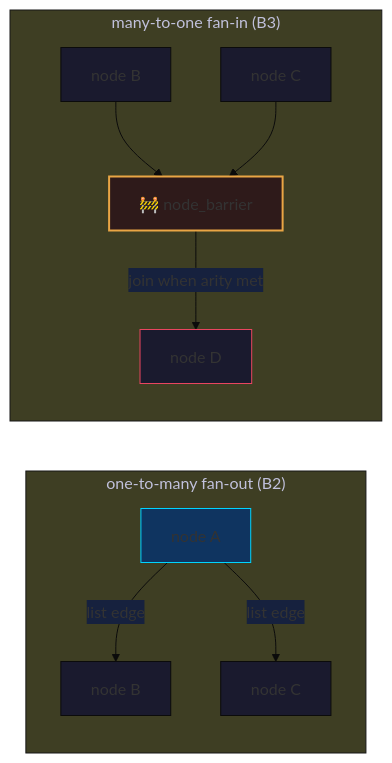
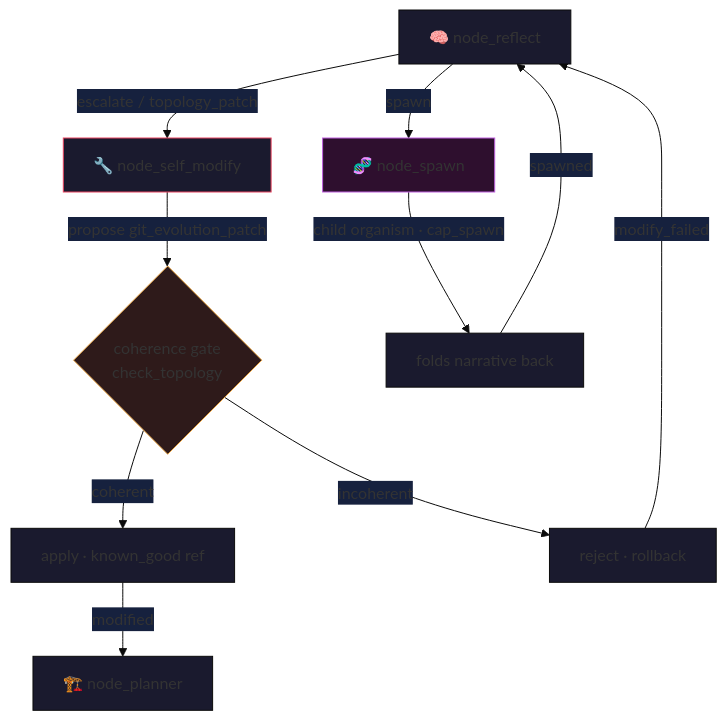
Before and after one commit to wgabrys88/endgame-ai: the third of 3 diagrams in README.md, drawn with Mermaid. The commit also changed other lines of this file and 1 other file, not shown here.

````diff
--- a/README.md
+++ b/README.md
@@ -165,16 +134,16 @@
 ```mermaid
 %%{init: {'theme': 'base', 'themeVariables': {'primaryColor': '#1a1a2e', 'edgeLabelBackground':'#16213e'}}}%%
-graph LR
-    subgraph OneToMany["one-to-many fan-out (B2)"]
-        X[node A] -->|list edge| Y1[node B]
-        X -->|list edge| Y2[node C]
-    end
-    subgraph ManyToOne["many-to-one fan-in (B3)"]
-        Z1[node B] --> BAR[🚧 node_barrier]
-        Z2[node C] --> BAR
-        BAR -->|join when arity met| W[node D]
-    end
-    style X fill:#0f3460,stroke:#00d4ff
-    style BAR fill:#2e1a1a,stroke:#e9a545,stroke-width:2px
-    style W fill:#1a1a2e,stroke:#e94560
+graph TD
+    R[🧠 node_reflect] -->|escalate / topology_patch| SM[🔧 node_self_modify]
+    SM -->|propose git_evolution_patch| GATE{coherence gate\ncheck_topology}
+    GATE -->|coherent| APPLY[apply · known_good ref]
+    GATE -->|incoherent| REJECT[reject · rollback]
+    APPLY -->|modified| P[🏗️ node_planner]
+    REJECT -->|modify_failed| R
+    R -->|spawn| SP[🧬 node_spawn]
+    SP -->|child organism · cap_spawn| SP2[folds narrative back]
+    SP2 -->|spawned| R
+    style SM fill:#1a1a2e,stroke:#e94560
+    style SP fill:#2e0f2e,stroke:#c060e0
+    style GATE fill:#2e1a1a,stroke:#e9a545
 ```
````
